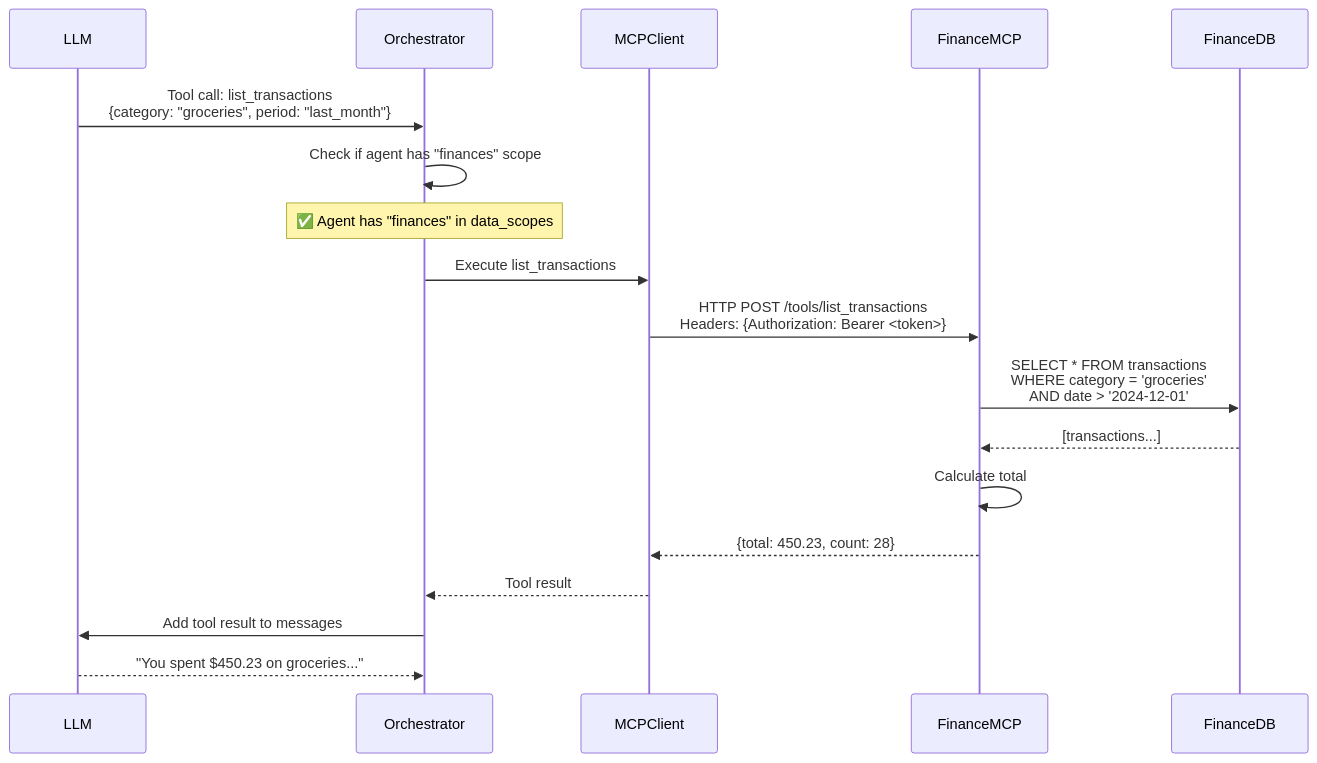
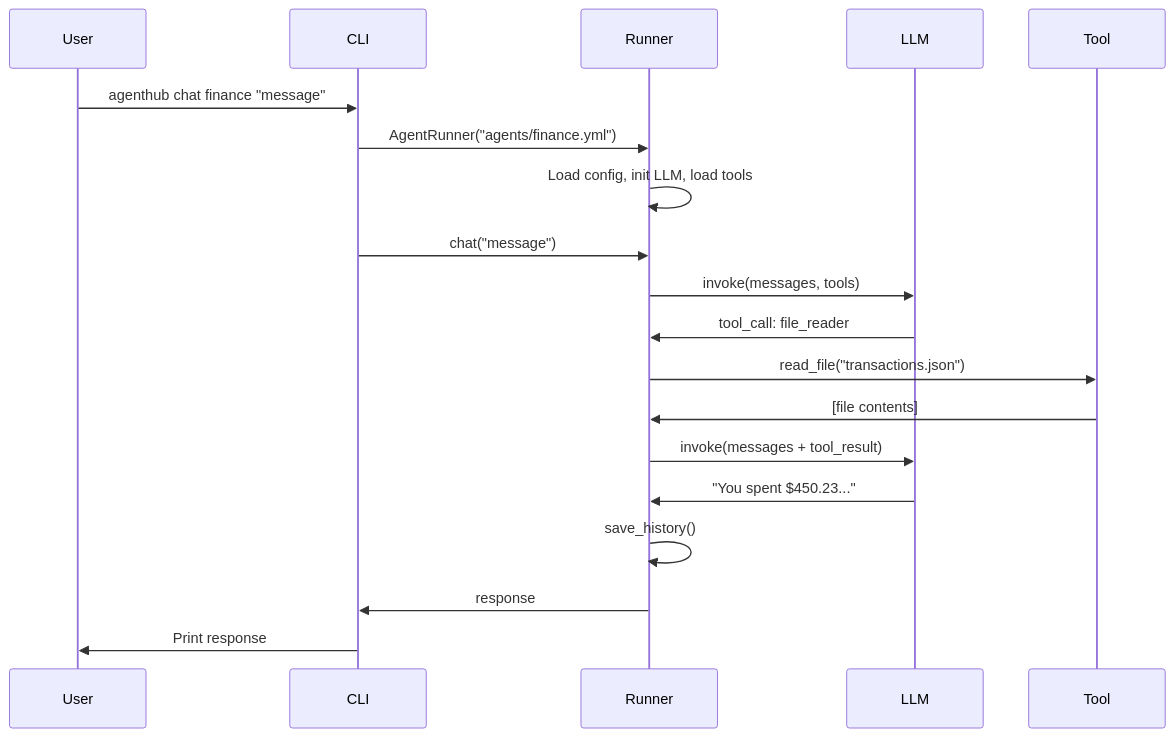
The sixth of 7 diagrams in plan/04-execution-flow.md (bharat94/AgentHub), drawn with Mermaid before and after one commit. The commit also changed other lines of this file and 6 other files, not shown here.

First line of the commit message:
Simplify architecture: 70% reduction in complexity

````diff
--- a/plan/04-execution-flow.md
+++ b/plan/04-execution-flow.md
@@ -274,26 +279,24 @@
 ```mermaid
 sequenceDiagram
+    participant User
+    participant CLI
+    participant Runner
     participant LLM
-    participant Orchestrator
-    participant MCPClient
-    participant FinanceMCP
-    participant FinanceDB
+    participant Tool
 
-    LLM->>Orchestrator: Tool call: list_transactions<br/>{category: "groceries", period: "last_month"}
+    User->>CLI: agenthub chat finance "message"
+    CLI->>Runner: AgentRunner("agents/finance.yml")
+    Runner->>Runner: Load config, init LLM, load tools
+    CLI->>Runner: chat("message")
+    Runner->>LLM: invoke(messages, tools)
 
-    Orchestrator->>Orchestrator: Check if agent has "finances" scope
-    Note over Orchestrator: ✅ Agent has "finances" in data_scopes
+    LLM->>Runner: tool_call: file_reader
+    Runner->>Tool: read_file("transactions.json")
+    Tool->>Runner: [file contents]
+    Runner->>LLM: invoke(messages + tool_result)
 
-    Orchestrator->>MCPClient: Execute list_transactions
-    MCPClient->>FinanceMCP: HTTP POST /tools/list_transactions<br/>Headers: {Authorization: Bearer <token>}
-
-    FinanceMCP->>FinanceDB: SELECT * FROM transactions<br/>WHERE category = 'groceries'<br/>AND date > '2024-12-01'
-    FinanceDB-->>FinanceMCP: [transactions...]
-
-    FinanceMCP->>FinanceMCP: Calculate total
-    FinanceMCP-->>MCPClient: {total: 450.23, count: 28}
-
-    MCPClient-->>Orchestrator: Tool result
-    Orchestrator->>LLM: Add tool result to messages
-    LLM-->>Orchestrator: "You spent $450.23 on groceries..."
+    LLM->>Runner: "You spent $450.23..."
+    Runner->>Runner: save_history()
+    Runner->>CLI: response
+    CLI->>User: Print response
 ```
````
